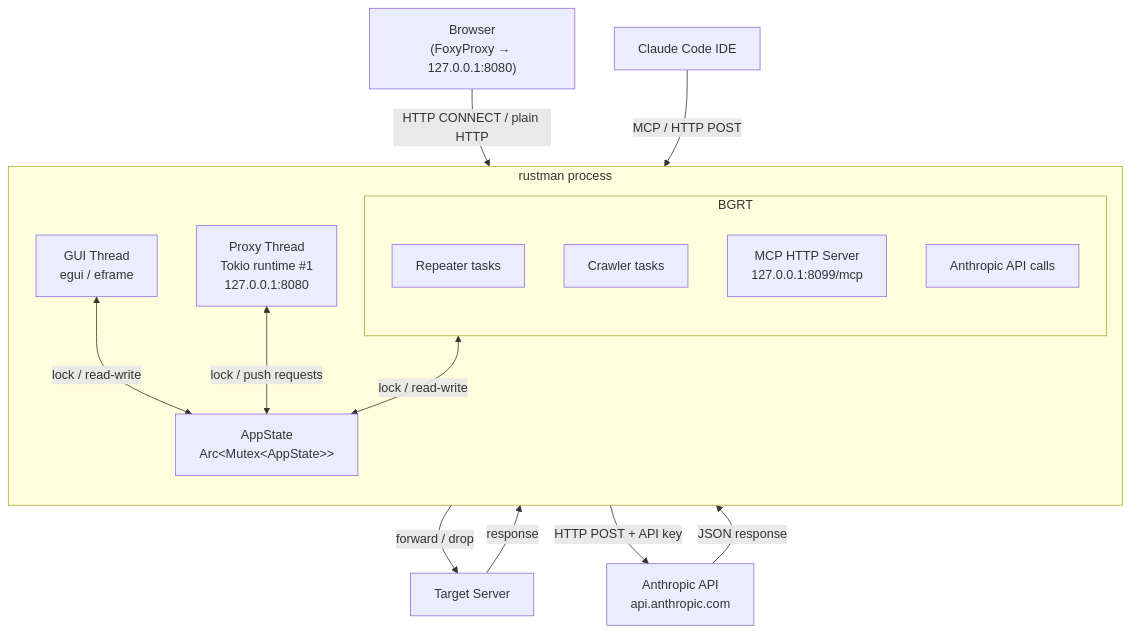
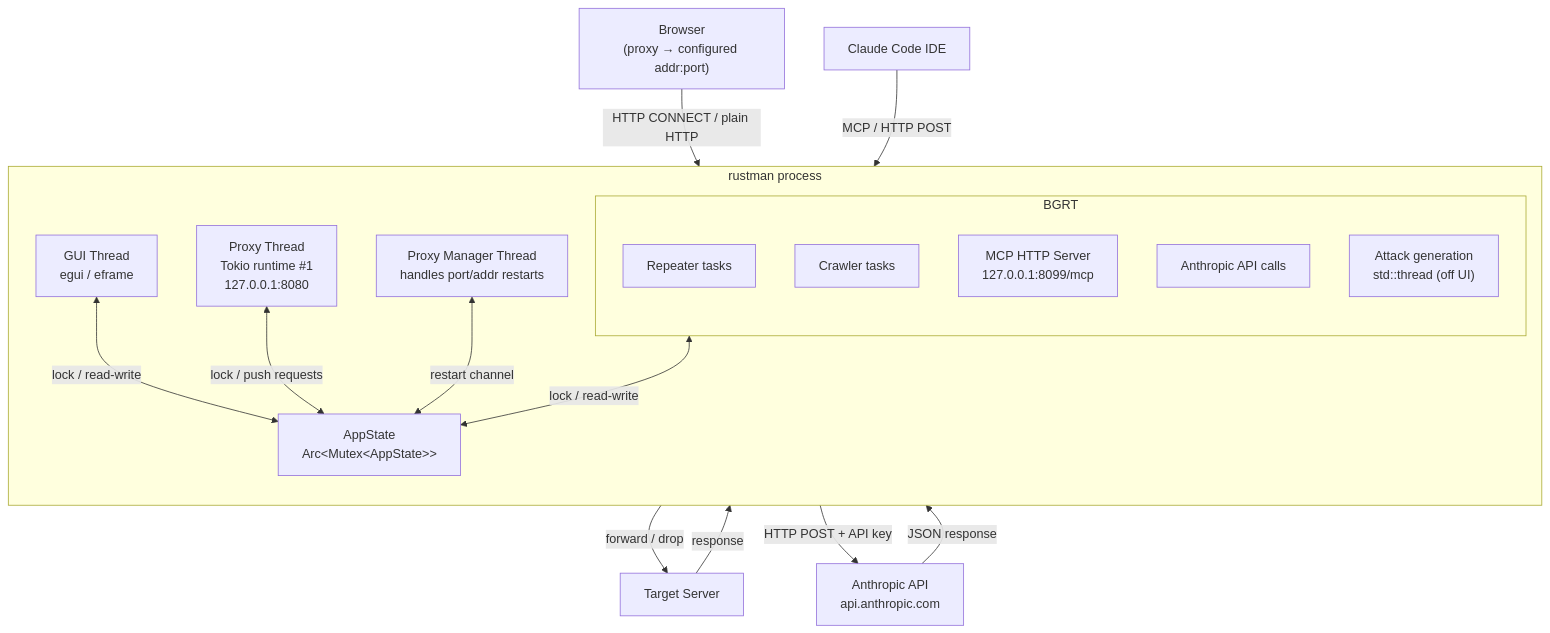
Before and after one commit to Xor290/rustman: the first of 7 diagrams in README.md, drawn with Mermaid. The commit also changed other lines of this file, not shown here.

````diff
--- a/README.md
+++ b/README.md
@@ -22,35 +23,38 @@
 ```mermaid
 graph TB
     subgraph rustman["rustman process"]
         direction TB
         GUI["GUI Thread\negui / eframe"]
         PROXY["Proxy Thread\nTokio runtime #1\n127.0.0.1:8080"]
         BGRT["Background Runtime\nTokio runtime #2"]
+        PROXY_MGR["Proxy Manager Thread\nhandles port/addr restarts"]
 
         subgraph BGRT
             REPEATER["Repeater tasks"]
             CRAWLER["Crawler tasks"]
             MCP["MCP HTTP Server\n127.0.0.1:8099/mcp"]
             CLAUDE_API["Anthropic API calls"]
+            ATK_GEN["Attack generation\nstd::thread (off UI)"]
         end
 
         STATE["AppState\nArc&lt;Mutex&lt;AppState&gt;&gt;"]
 
         GUI <-->|"lock / read-write"| STATE
         PROXY <-->|"lock / push requests"| STATE
         BGRT <-->|"lock / read-write"| STATE
+        PROXY_MGR <-->|"restart channel"| STATE
     end
 
-    BROWSER["Browser\n(FoxyProxy → 127.0.0.1:8080)"]
+    BROWSER["Browser\n(proxy → configured addr:port)"]
     TARGET["Target Server"]
     CLAUDE_CODE["Claude Code IDE"]
     ANTHROPIC["Anthropic API\napi.anthropic.com"]
 
     BROWSER -->|"HTTP CONNECT / plain HTTP"| PROXY
     PROXY -->|"forward / drop"| TARGET
     TARGET -->|"response"| PROXY
 
     CLAUDE_CODE -->|"MCP / HTTP POST"| MCP
     GUI -->|"HTTP POST + API key"| ANTHROPIC
     ANTHROPIC -->|"JSON response"| GUI
 ```
````
